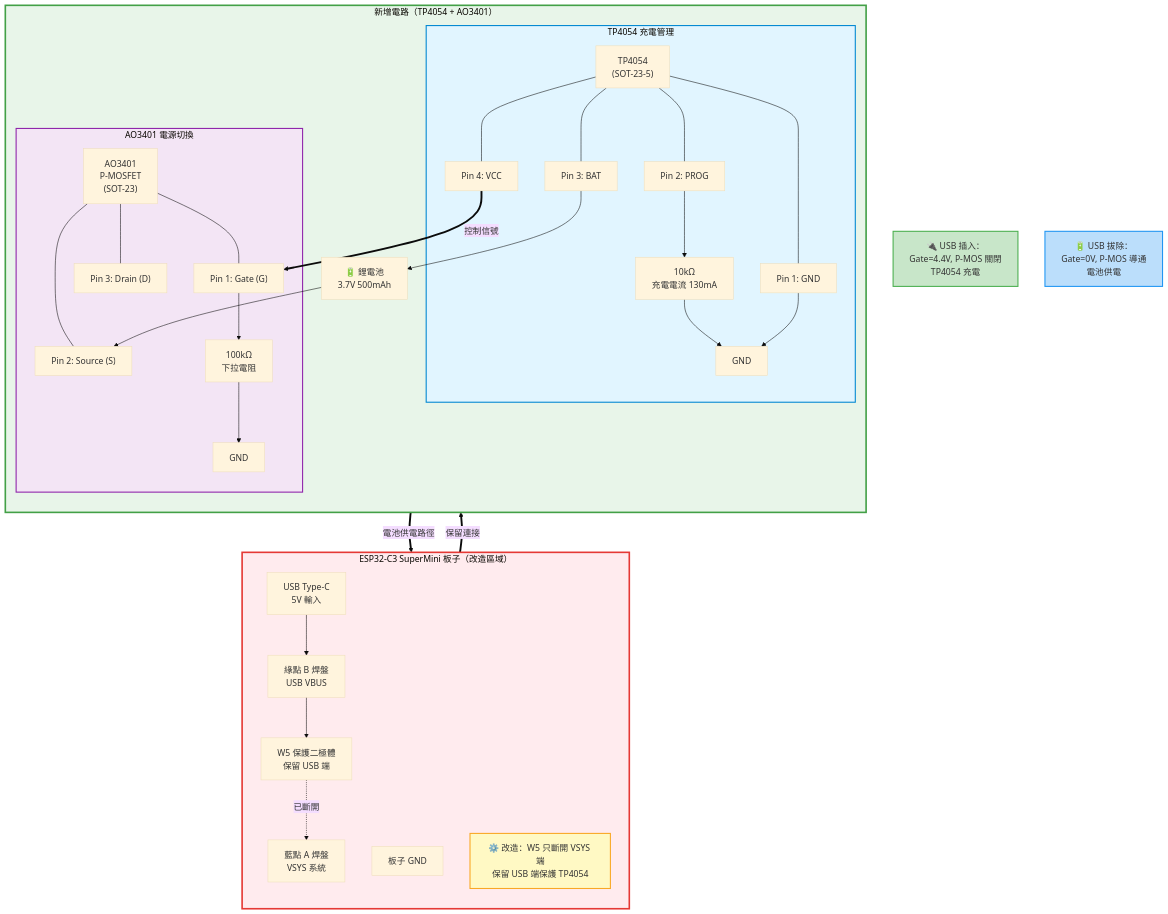
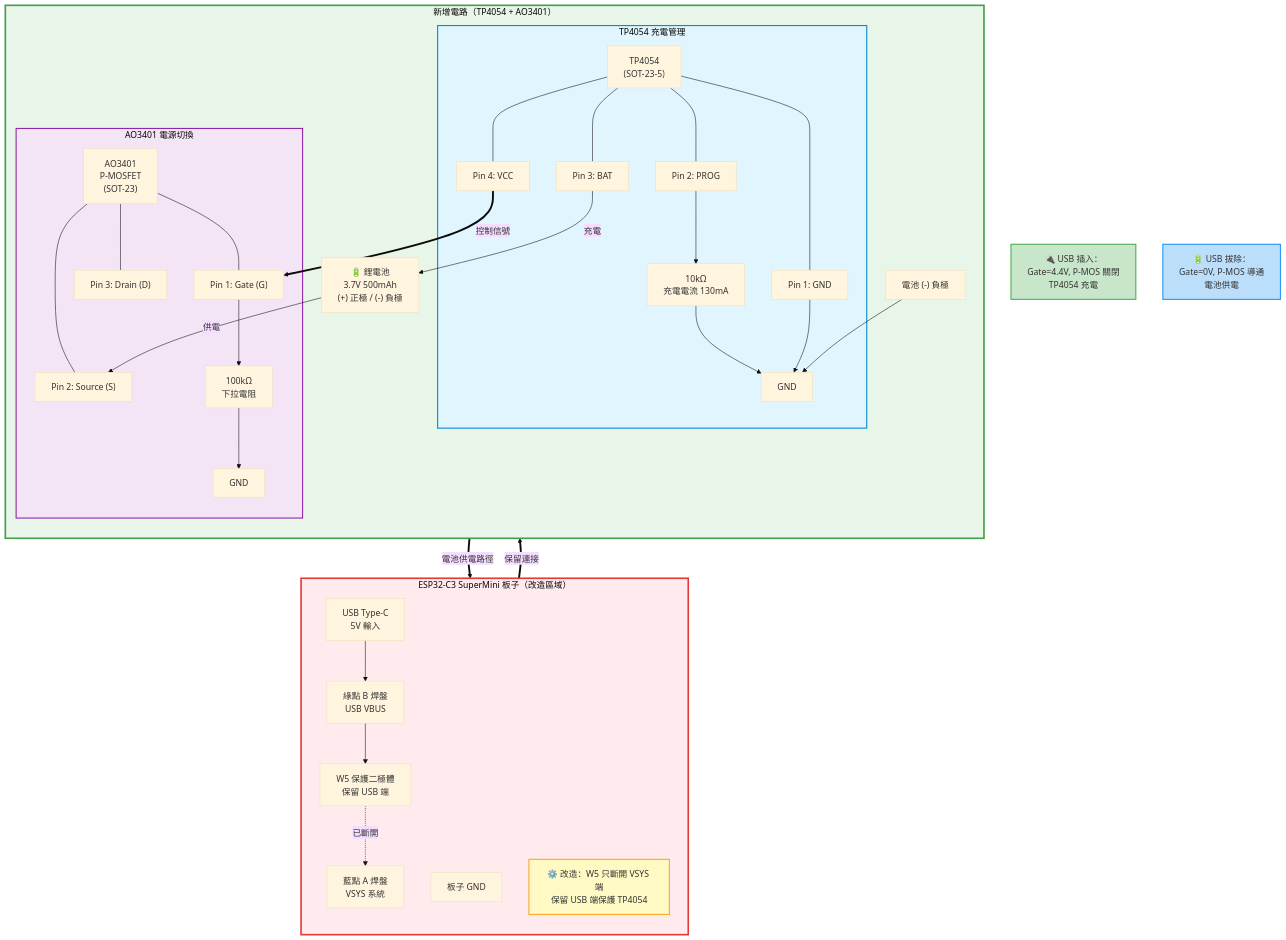
Before and after one commit to DanielYJHsieh/esp32c3: the diagram in battery_management/docs/SUPERMINI_BATTERY_DESIGN.md, drawn with Mermaid (base theme). The commit also changed other lines of this file and 1 other file, not shown here.

Commit message:
改進電池標示：明確標註正負極
改進項目：
- 所有 Mermaid 圖中的電池加上正負極標示
- 整體架構圖：電池標示 (+) 正極 / (-) 負極
- Step 1-4 各步驟圖：清楚顯示正負極連接
- 系統架構文字圖：加入正負極標記
- 使用 🔋 emoji 增強辨識度

更新文件：
- WIRING_DIAGRAM.md: 6 處電池標示
- SUPERMINI_BATTERY_DESIGN.md: 2 處電池標示

目的：避免接線時正負極接反，提高安全性

````diff
--- a/battery_management/docs/SUPERMINI_BATTERY_DESIGN.md
+++ b/battery_management/docs/SUPERMINI_BATTERY_DESIGN.md
@@ -132,76 +134,78 @@
 ```mermaid
 graph TB
     subgraph ORIGINAL["ESP32-C3 SuperMini 板子（改造區域）"]
         direction TB
         USB_PORT["USB Type-C<br/>5V 輸入"]
         PAD_B["綠點 B 焊盤<br/>USB VBUS"]
         W5["W5 保護二極體<br/>保留 USB 端"]
         PAD_A["藍點 A 焊盤<br/>VSYS 系統"]
         PCB_GND["板子 GND"]
         
         USB_PORT --> PAD_B
         PAD_B --> W5
         W5 -.->|已斷開| PAD_A
         
         NOTE1["⚙️ 改造：W5 只斷開 VSYS 端<br/>保留 USB 端保護 TP4054"]:::noteStyle
     end
     
     subgraph NEW_CIRCUIT["新增電路（TP4054 + AO3401）"]
         direction TB
         
         subgraph TP4054_BLOCK["TP4054 充電管理"]
             TP4054["TP4054<br/>(SOT-23-5)"]
             TP_VCC["Pin 4: VCC"]
             TP_BAT["Pin 3: BAT"]
             TP_PROG["Pin 2: PROG"]
             TP_GND["Pin 1: GND"]
             R_PROG["10kΩ<br/>充電電流 130mA"]
             
             TP4054 --- TP_VCC
             TP4054 --- TP_BAT
             TP4054 --- TP_PROG
             TP4054 --- TP_GND
             TP_PROG --> R_PROG
             R_PROG --> GND1["GND"]
             TP_GND --> GND1
         end
         
         subgraph AO3401_BLOCK["AO3401 電源切換"]
             AO3401["AO3401<br/>P-MOSFET<br/>(SOT-23)"]
             AO_GATE["Pin 1: Gate (G)"]
             AO_SOURCE["Pin 2: Source (S)"]
             AO_DRAIN["Pin 3: Drain (D)"]
             R_GATE["100kΩ<br/>下拉電阻"]
             
             AO3401 --- AO_GATE
             AO3401 --- AO_SOURCE
             AO3401 --- AO_DRAIN
             AO_GATE --> R_GATE
             R_GATE --> GND2["GND"]
         end
         
-        BATTERY["🔋 鋰電池<br/>3.7V 500mAh"]
+        BATTERY["🔋 鋰電池<br/>3.7V 500mAh<br/>(+) 正極 / (-) 負極"]
+        BAT_NEG["電池 (-) 負極"]
         
-        TP_BAT --> BATTERY
-        BATTERY --> AO_SOURCE
+        TP_BAT -->|充電| BATTERY
+        BATTERY -->|供電| AO_SOURCE
+        BAT_NEG --> GND1
     end
     
     %% 連接兩個區域
     W5 ==>|保留連接| TP_VCC
     TP_VCC ==>|控制信號| AO_GATE
     AO_DRAIN ==>|電池供電路徑| PAD_A
     
     %% 工作狀態標註
     STATE_USB["🔌 USB 插入：<br/>Gate=4.4V, P-MOS 關閉<br/>TP4054 充電"]:::stateOn
     STATE_BAT["🔋 USB 拔除：<br/>Gate=0V, P-MOS 導通<br/>電池供電"]:::stateOff
     
     %% 樣式定義
     classDef noteStyle fill:#fff9c4,stroke:#f9a825,stroke-width:2px
     classDef stateOn fill:#c8e6c9,stroke:#4caf50,stroke-width:2px
     classDef stateOff fill:#bbdefb,stroke:#2196f3,stroke-width:2px
     
     style ORIGINAL fill:#ffebee,stroke:#e53935,stroke-width:3px
     style NEW_CIRCUIT fill:#e8f5e9,stroke:#43a047,stroke-width:3px
     style TP4054_BLOCK fill:#e1f5ff,stroke:#0288d1,stroke-width:2px
     style AO3401_BLOCK fill:#f3e5f5,stroke:#8e24aa,stroke-width:2px
 ```
````
